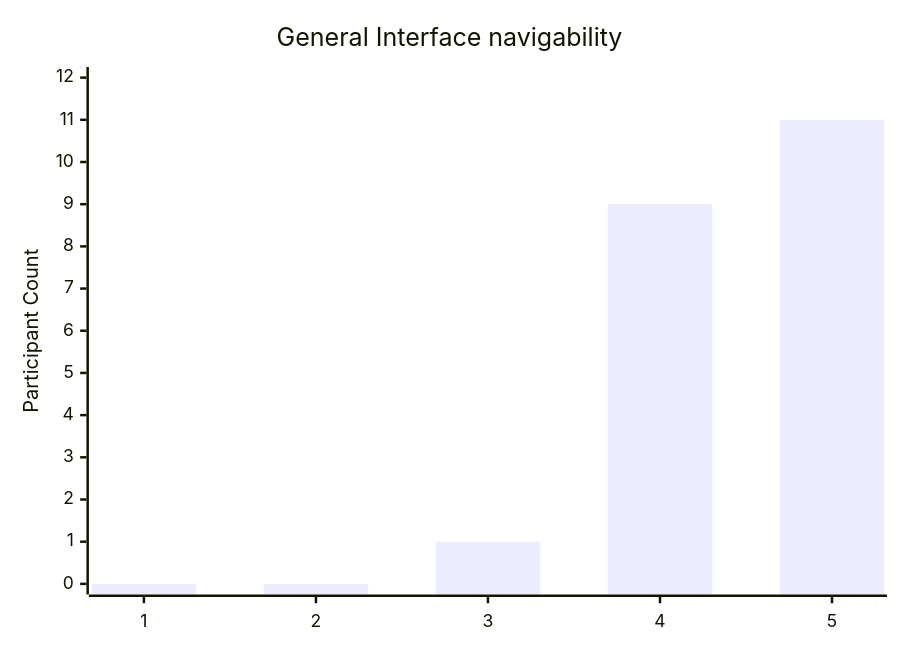
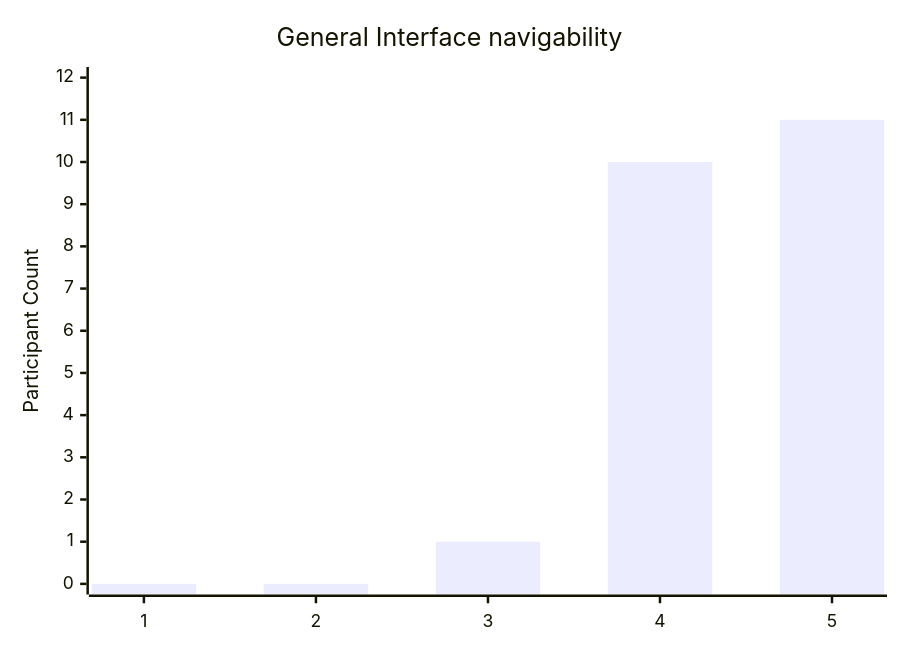
The fifth of 15 diagrams in Search/README.md (anonym-evalpro/EvalPro), drawn with Mermaid before and after one commit. The commit also changed other lines of this file and 1 other file, not shown here.

````diff
--- a/Search/README.md
+++ b/Search/README.md
@@ -56,7 +56,7 @@
        ```mermaid
         xychart-beta
         title "General Interface navigability"
         x-axis ["1", "2", "3", "4", "5"]
         y-axis "Participant Count" 0 --> 12
-        bar [0, 0, 1, 9, 11]
+        bar [0, 0, 1, 10, 11]
        ```
````
